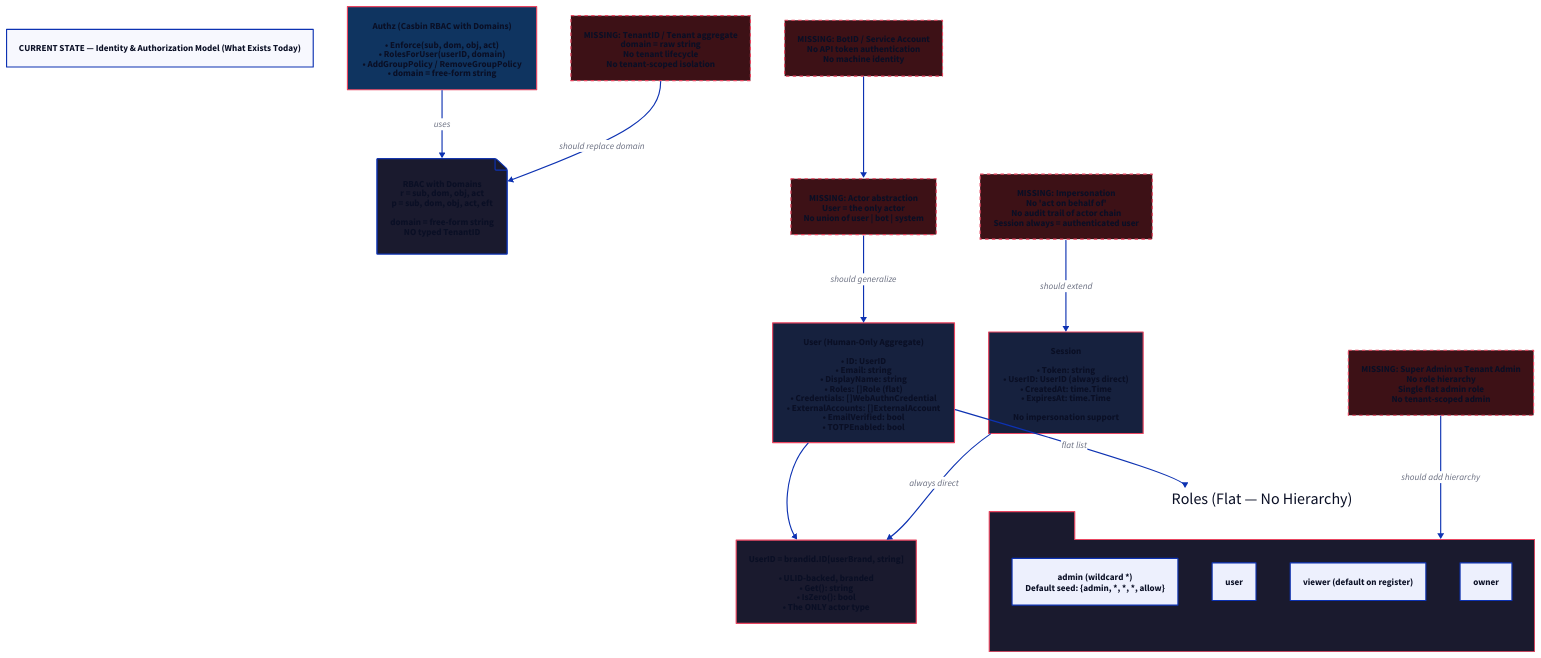
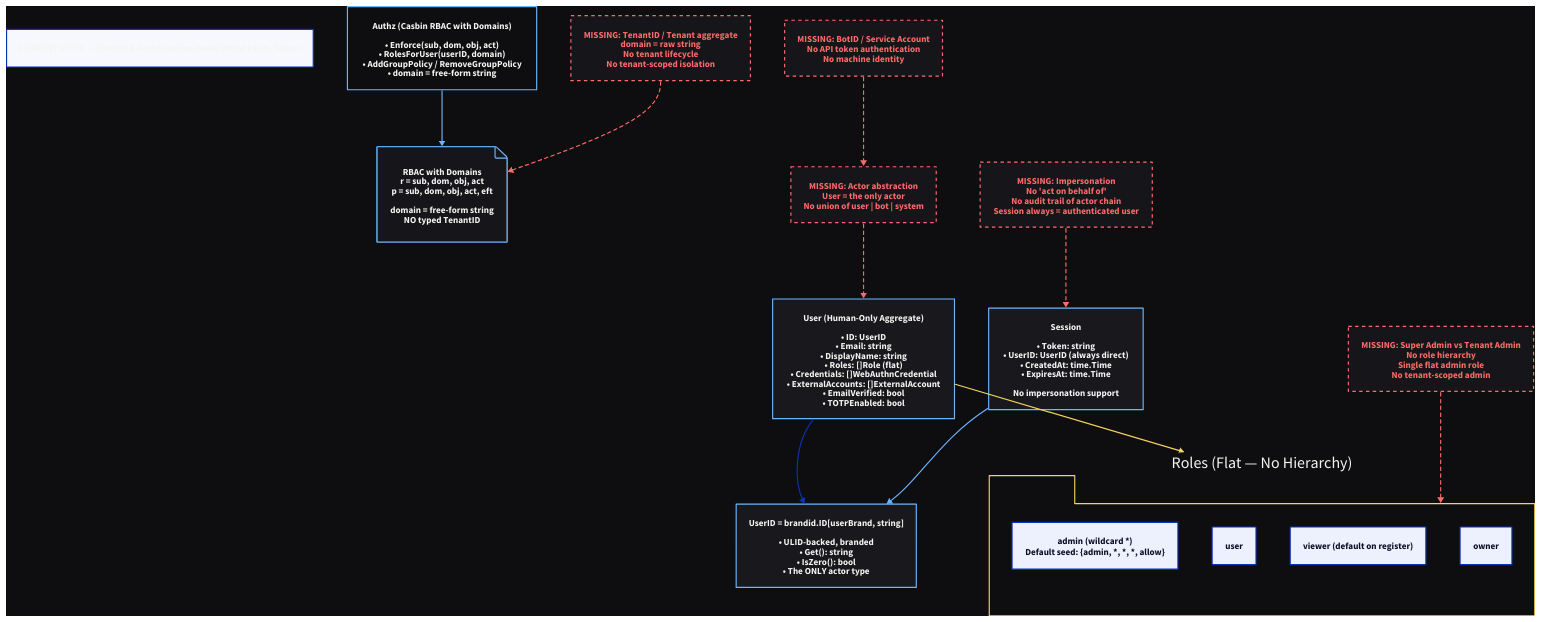
The diagram in docs/architecture-understanding/2026-06-21_04-00_current-identity-model.d2 (LarsArtmann/cqrs-htmx), drawn with D2 before and after one commit. The commit also changed 16 other files, not shown here.

First line of the commit message:
docs(architecture): refresh architecture diagrams with dark theme + add render script

```diff
--- a/docs/architecture-understanding/2026-06-21_04-00_current-identity-model.d2
+++ b/docs/architecture-understanding/2026-06-21_04-00_current-identity-model.d2
@@ -1,90 +1,93 @@
 direction: down
 
+style: {fill: "#0e0e10"}
+
 title: "CURRENT STATE — Identity & Authorization Model (What Exists Today)"
+title.style: {font-color: "#f4f4f0"}
 
 # Identity types
 UserID: {
   shape: rectangle
-  style: {fill: "#1a1a2e"; stroke: "#e94560"}
+  style: {fill: "#18181d"; stroke: "#6eb5ff"; font-color: "#f4f4f0"}
   label: "UserID = brandid.ID[userBrand, string]\n\n• ULID-backed, branded\n• Get(): string\n• IsZero(): bool\n• The ONLY actor type"
 }
 
 User: {
   shape: rectangle
-  style: {fill: "#16213e"; stroke: "#e94560"}
+  style: {fill: "#18181d"; stroke: "#6eb5ff"; font-color: "#f4f4f0"}
   label: "User (Human-Only Aggregate)\n\n• ID: UserID\n• Email: string\n• DisplayName: string\n• Roles: []Role (flat)\n• Credentials: []WebAuthnCredential\n• ExternalAccounts: []ExternalAccount\n• EmailVerified: bool\n• TOTPEnabled: bool"
 }
 
 Session: {
   shape: rectangle
-  style: {fill: "#16213e"; stroke: "#e94560"}
+  style: {fill: "#18181d"; stroke: "#6eb5ff"; font-color: "#f4f4f0"}
   label: "Session\n\n• Token: string\n• UserID: UserID (always direct)\n• CreatedAt: time.Time\n• ExpiresAt: time.Time\n\nNo impersonation support"
 }
 
 # Authorization
 Authz: {
   shape: rectangle
-  style: {fill: "#0f3460"; stroke: "#e94560"}
+  style: {fill: "#0e0e10"; stroke: "#6eb5ff"; font-color: "#f4f4f0"}
   label: "Authz (Casbin RBAC with Domains)\n\n• Enforce(sub, dom, obj, act)\n• RolesForUser(userID, domain)\n• AddGroupPolicy / RemoveGroupPolicy\n• domain = free-form string"
 }
 
 CasbinModel: {
   shape: page
-  style: {fill: "#1a1a2e"}
+  style: {fill: "#16161a"; stroke: "#6eb5ff"; font-color: "#f4f4f0"}
   label: "RBAC with Domains\nr = sub, dom, obj, act\np = sub, dom, obj, act, eft\n\ndomain = free-form string\nNO typed TenantID"
 }
 
 # Roles
 Roles: {
   shape: package
-  style: {fill: "#1a1a2e"; stroke: "#e94560"}
+  style: {fill: "#0e0e10"; stroke: "#f4d35e"; font-color: "#f4f4f0"}
   label: "Roles (Flat — No Hierarchy)"
 
   Admin: "admin (wildcard *)\nDefault seed: {admin, *, *, *, allow}"
   User_: "user"
   Viewer: "viewer (default on register)"
   Owner: "owner"
 }
 
 # Missing concepts
 MissingActor: {
   shape: rectangle
-  style: {fill: "#3d1116"; stroke: "#e94560"; stroke-dash: 3}
+  style: {fill: "#16161a"; stroke: "#ff6b6b"; font-color: "#ff6b6b"; stroke-dash: 3}
   label: "MISSING: Actor abstraction\nUser = the only actor\nNo union of user | bot | system"
 }
 
 MissingBot: {
   shape: rectangle
-  style: {fill: "#3d1116"; stroke: "#e94560"; stroke-dash: 3}
+  style: {fill: "#16161a"; stroke: "#ff6b6b"; font-color: "#ff6b6b"; stroke-dash: 3}
   label: "MISSING: BotID / Service Account\nNo API token authentication\nNo machine identity"
 }
 
 MissingTenant: {
   shape: rectangle
-  style: {fill: "#3d1116"; stroke: "#e94560"; stroke-dash: 3}
+  style: {fill: "#16161a"; stroke: "#ff6b6b"; font-color: "#ff6b6b"; stroke-dash: 3}
   label: "MISSING: TenantID / Tenant aggregate\ndomain = raw string\nNo tenant lifecycle\nNo tenant-scoped isolation"
 }
 
 MissingImpersonation: {
   shape: rectangle
-  style: {fill: "#3d1116"; stroke: "#e94560"; stroke-dash: 3}
+  style: {fill: "#16161a"; stroke: "#ff6b6b"; font-color: "#ff6b6b"; stroke-dash: 3}
   label: "MISSING: Impersonation\nNo 'act on behalf of'\nNo audit trail of actor chain\nSession always = authenticated user"
 }
 
 MissingSuperAdmin: {
   shape: rectangle
-  style: {fill: "#3d1116"; stroke: "#e94560"; stroke-dash: 3}
+  style: {fill: "#16161a"; stroke: "#ff6b6b"; font-color: "#ff6b6b"; stroke-dash: 3}
   label: "MISSING: Super Admin vs Tenant Admin\nNo role hierarchy\nSingle flat admin role\nNo tenant-scoped admin"
 }
 
 # Relationships
 User -> UserID
-Session -> UserID: "always direct"
-User -> Roles: "flat list"
-Authz -> CasbinModel: "uses"
+Session -> UserID: {style: {stroke: "#6eb5ff"; font-color: "#f4f4f0"}}
+User -> Roles: {style: {stroke: "#f4d35e"; font-color: "#f4f4f0"}}
+Authz -> CasbinModel: {style: {stroke: "#6eb5ff"; font-color: "#f4f4f0"}}
 
-MissingActor -> User: "should generalize"
-MissingBot -> MissingActor
-MissingTenant -> CasbinModel: "should replace domain"
-MissingImpersonation -> Session: "should extend"
-MissingSuperAdmin -> Roles: "should add hierarchy"
+MissingActor -> User: {style: {stroke: "#ff6b6b"; font-color: "#ff6b6b"; stroke-dash: 3}}
+MissingBot -> MissingActor: {style: {stroke: "#ff6b6b"; stroke-dash: 3}}
+MissingTenant -> CasbinModel: {style: {stroke: "#ff6b6b"; font-color: "#ff6b6b"; stroke-dash: 3}}
+MissingImpersonation -> Session: {style: {stroke: "#ff6b6b"; font-color: "#ff6b6b"; stroke-dash: 3}}
+MissingSuperAdmin -> Roles: {style: {stroke: "#ff6b6b"; font-color: "#ff6b6b"; stroke-dash: 3}}
```
